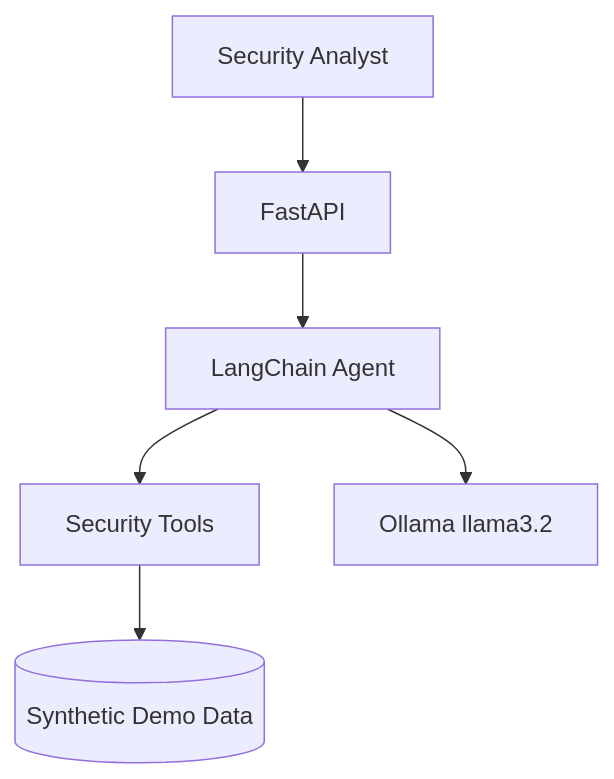
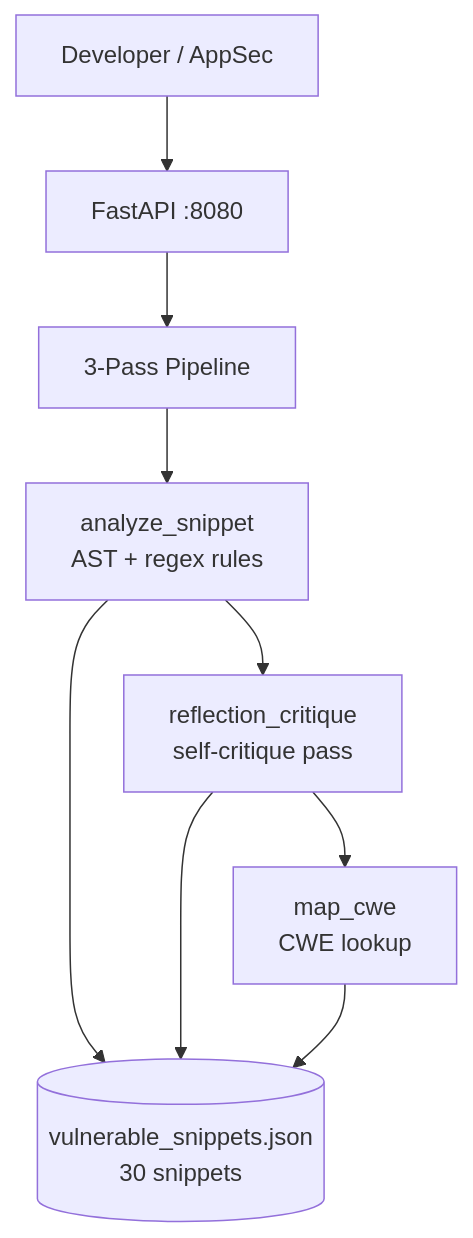
The first of 2 diagrams in README.md (manja7304/secure-code-reflection-reviewer), drawn with Mermaid before and after one commit. The commit also changed other lines of this file, not shown here.

````diff
--- a/README.md
+++ b/README.md
@@ -15,8 +28,9 @@
 ```mermaid
 flowchart TB
-  User[Security Analyst] --> API[FastAPI]
-  API --> Agent[LangChain Agent]
-  Agent --> Tools[Security Tools]
-  Agent --> LLM[Ollama llama3.2]
-  Tools --> DemoData[(Synthetic Demo Data)]
+  Dev[Developer / AppSec] --> API[FastAPI :8080]
+  API --> Pipeline[3-Pass Pipeline]
+  Pipeline --> Analyze[analyze_snippet\nAST + regex rules]
+  Analyze --> Reflect[reflection_critique\nself-critique pass]
+  Reflect --> CWE[map_cwe\nCWE lookup]
+  Analyze & Reflect & CWE --> Snippets[(vulnerable_snippets.json\n30 snippets)]
 ```
````
